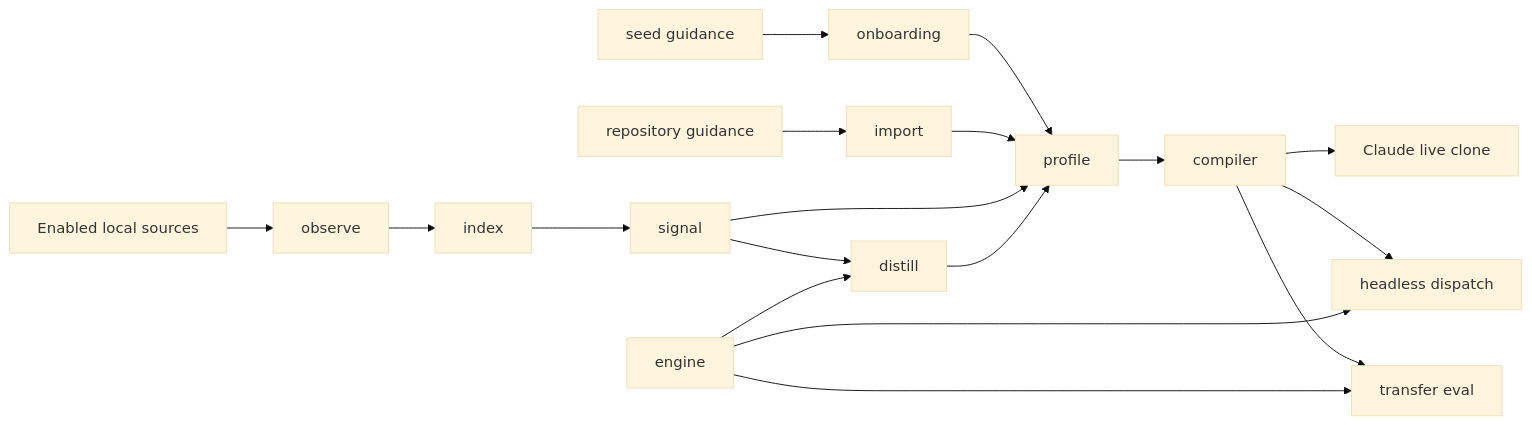
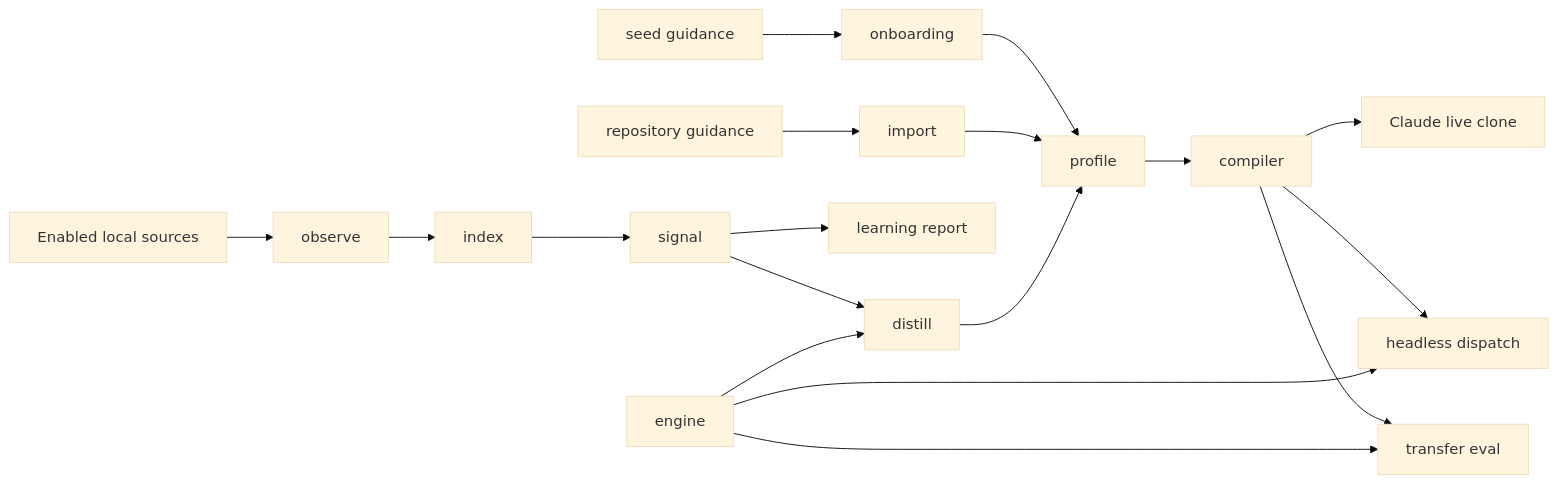
The diagram in docs/architecture/README.md (theonly1me/shadowclone), drawn with Mermaid (base theme) before and after one commit. The commit also changed other lines of this file and 24 other files, not shown here.

First line of the commit message:
Make plain learning a report (#59)

````diff
--- a/docs/architecture/README.md
+++ b/docs/architecture/README.md
@@ -25,20 +25,20 @@
 ```mermaid
 flowchart LR
     Guidance[seed guidance] --> Onboarding[onboarding]
     Onboarding --> Profile[profile]
     RepositoryGuidance[repository guidance] --> Import[import]
     Import --> Profile
     Sources[Enabled local sources] --> Observe[observe]
     Observe --> Index[index]
     Index --> Signal[signal]
-    Signal --> Profile[profile]
+    Signal --> Report[learning report]
     Signal --> Distill[distill]
     Engine[engine] --> Distill
     Distill --> Profile
     Profile --> Compiler[compiler]
     Compiler --> Live[Claude live clone]
     Compiler --> Dispatch[headless dispatch]
     Compiler --> Eval[transfer eval]
     Engine --> Dispatch
     Engine --> Eval
 ```
````
